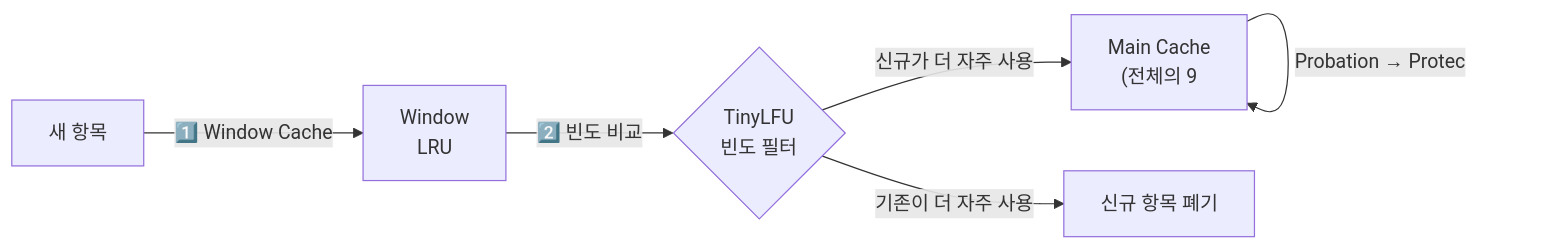
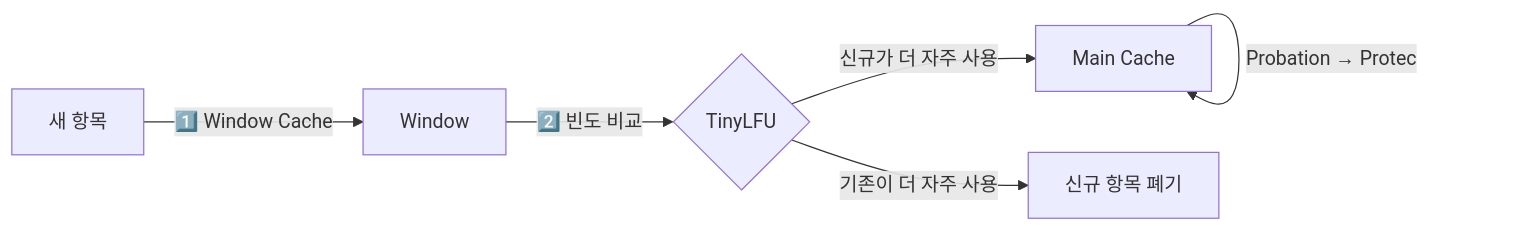
One commit to yjkim2015/yjkim2015.github.io changed the third of 8 diagrams in _posts/caching/2026-05-03-multi-layer-caching.md. Above: the diagram before and after it, drawn with Mermaid. The commit also changed other lines of this file and 217 other files, not shown here.

First line of the commit message:
Mermaid 크기 수정: useMaxWidth:true + SVG max-width:100% + 라벨 축소

````diff
--- a/_posts/caching/2026-05-03-multi-layer-caching.md
+++ b/_posts/caching/2026-05-03-multi-layer-caching.md
@@ -79,8 +79,8 @@
 ```mermaid
 graph LR
-    New["새 항목"] -->|"1️⃣ Window Cache\n"| WC["Window\nLRU"]
-    WC -->|"2️⃣ 빈도 비교"| Filter{"TinyLFU\n빈도 필터"}
-    Filter -->|"신규가 더 자주 사용"| Main["Main Cache\n(전체의 9"]
+    New["새 항목"] -->|"1️⃣ Window Cache\n"| WC["Window"]
+    WC -->|"2️⃣ 빈도 비교"| Filter{"TinyLFU"}
+    Filter -->|"신규가 더 자주 사용"| Main["Main Cache"]
     Filter -->|"기존이 더 자주 사용"| Evict["신규 항목 폐기"]
     Main -->|"Probation → Protec"| Main
 ```
````
